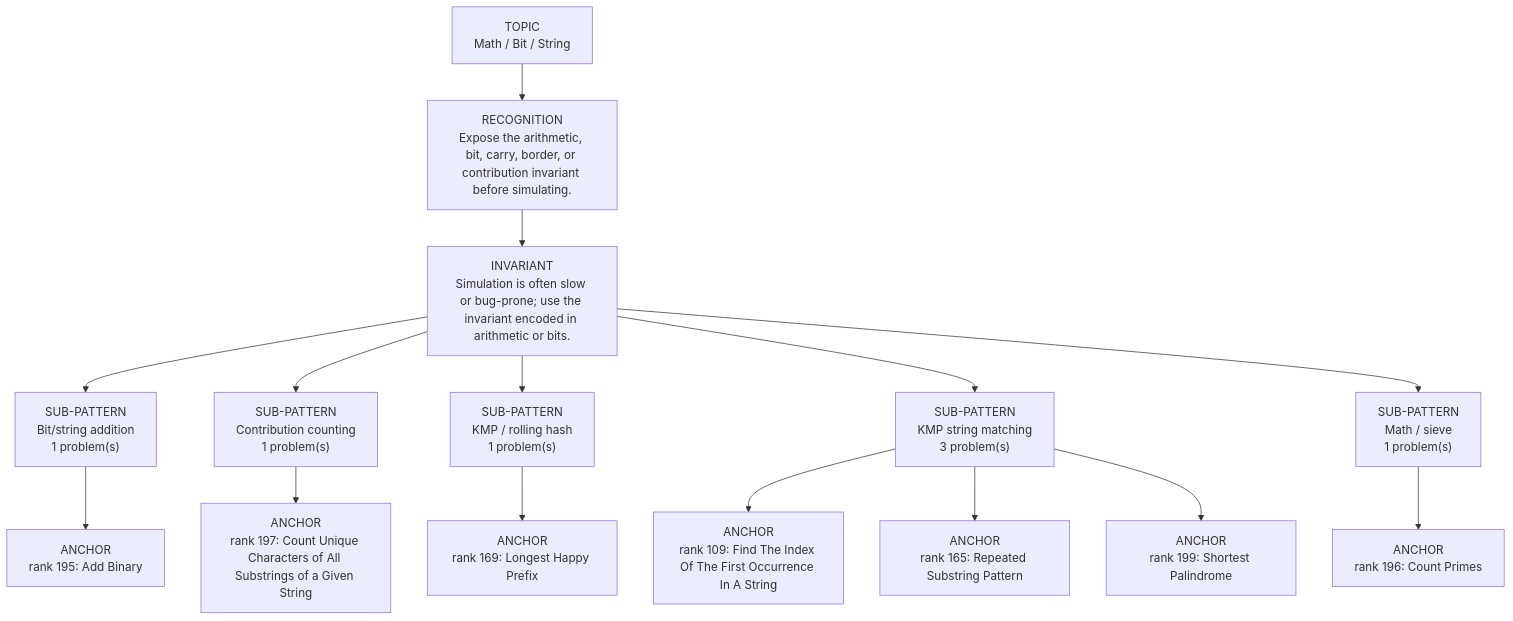
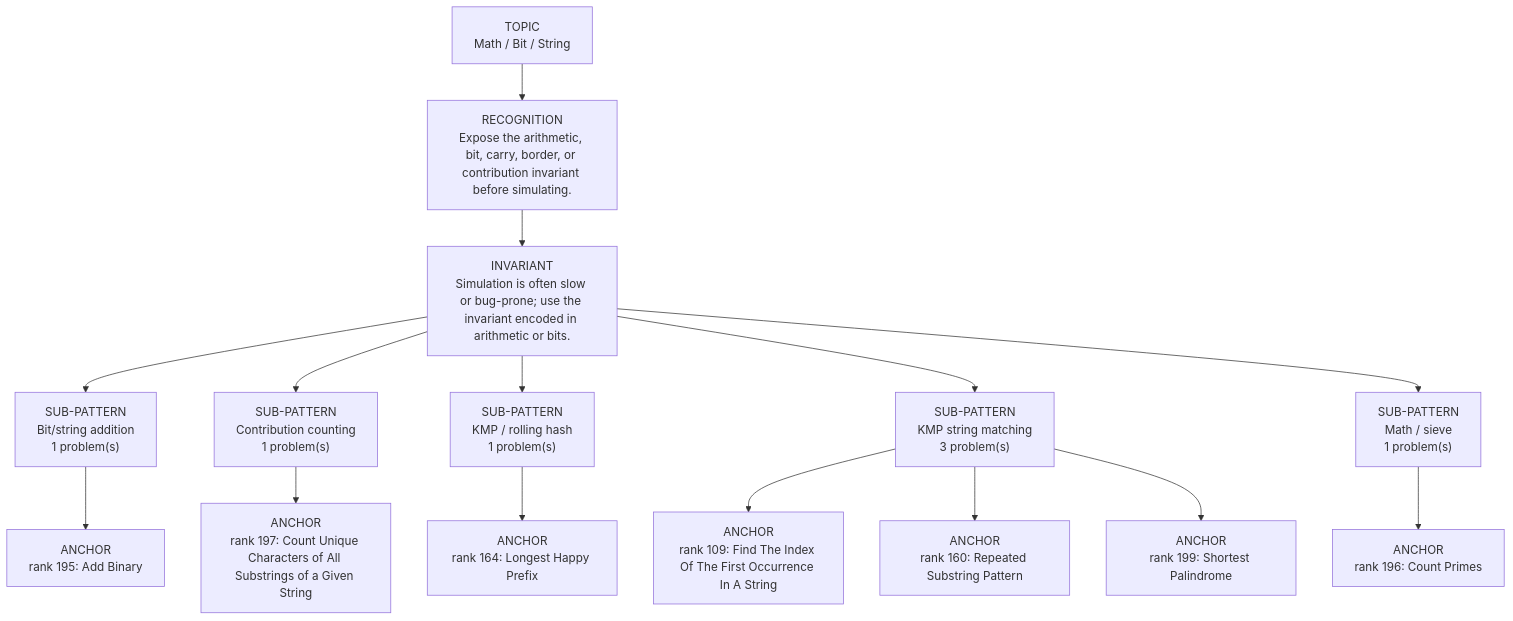
The diagram in dsa-review/interview/patterns/19_math_bit_string.md (thechiranjeevjain/DSA10days), drawn with Mermaid before and after one commit. The commit also changed other lines of this file and 28 other files, not shown here.

````diff
--- a/dsa-review/interview/patterns/19_math_bit_string.md
+++ b/dsa-review/interview/patterns/19_math_bit_string.md
@@ -15,19 +15,19 @@
 ```mermaid
 flowchart TD
   Topic["TOPIC<br/>Math / Bit / String"]
   Recognition["RECOGNITION<br/>Expose the arithmetic, bit, carry, border, or contribution invariant before simulating."]
   Invariant["INVARIANT<br/>Simulation is often slow or bug-prone; use the invariant encoded in arithmetic or bits."]
   Topic --> Recognition --> Invariant
   Invariant --> Sub01["SUB-PATTERN<br/>Bit/string addition<br/>1 problem(s)"]
   Sub01 --> Sub01A01["ANCHOR<br/>rank 195: Add Binary"]
   Invariant --> Sub02["SUB-PATTERN<br/>Contribution counting<br/>1 problem(s)"]
   Sub02 --> Sub02A01["ANCHOR<br/>rank 197: Count Unique Characters of All Substrings of a Given String"]
   Invariant --> Sub03["SUB-PATTERN<br/>KMP / rolling hash<br/>1 problem(s)"]
-  Sub03 --> Sub03A01["ANCHOR<br/>rank 169: Longest Happy Prefix"]
+  Sub03 --> Sub03A01["ANCHOR<br/>rank 164: Longest Happy Prefix"]
   Invariant --> Sub04["SUB-PATTERN<br/>KMP string matching<br/>3 problem(s)"]
   Sub04 --> Sub04A01["ANCHOR<br/>rank 109: Find The Index Of The First Occurrence In A String"]
-  Sub04 --> Sub04A02["ANCHOR<br/>rank 165: Repeated Substring Pattern"]
+  Sub04 --> Sub04A02["ANCHOR<br/>rank 160: Repeated Substring Pattern"]
   Sub04 --> Sub04A03["ANCHOR<br/>rank 199: Shortest Palindrome"]
   Invariant --> Sub05["SUB-PATTERN<br/>Math / sieve<br/>1 problem(s)"]
   Sub05 --> Sub05A01["ANCHOR<br/>rank 196: Count Primes"]
 ```
````
